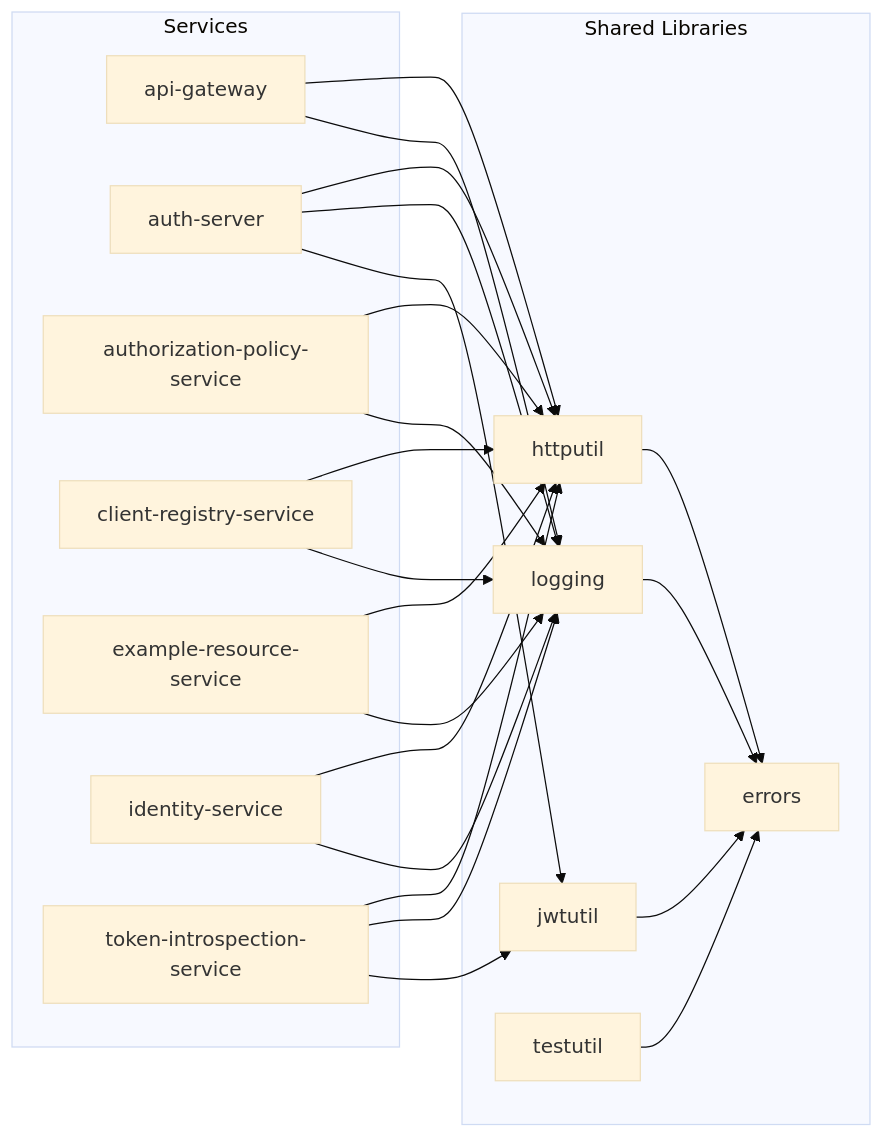
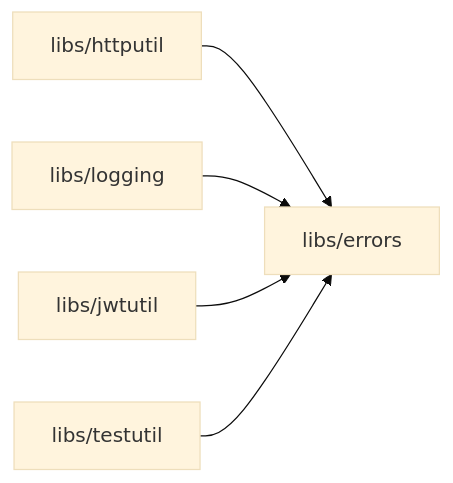
Before and after one commit to jedi-knights/identity-platform-go: the second of 2 diagrams in README.md, drawn with Mermaid (base theme). The commit also changed other lines of this file, not shown here.

Commit message:
docs(readme): replace dense dependency graph with lib diagram and table

````diff
--- a/README.md
+++ b/README.md
@@ -627,42 +631,7 @@
 ```mermaid
 graph LR
-    subgraph svc["Services"]
-        gateway["api-gateway"]
-        auth["auth-server"]
-        authz["authorization-policy-service"]
-        clients["client-registry-service"]
-        example["example-resource-service"]
-        identity["identity-service"]
-        introspect["token-introspection-service"]
-    end
-
-    subgraph lib["Shared Libraries"]
-        httputil["httputil"]
-        jwtutil["jwtutil"]
-        logging["logging"]
-        testutil["testutil"]
-        errors["errors"]
-    end
-
-    httputil --> errors
-    jwtutil --> errors
-    logging --> errors
-    testutil --> errors
-
-    gateway --> httputil
-    gateway --> logging
-    auth --> httputil
-    auth --> logging
-    auth --> jwtutil
-    authz --> httputil
-    authz --> logging
-    clients --> httputil
-    clients --> logging
-    example --> httputil
-    example --> logging
-    identity --> httputil
-    identity --> logging
-    introspect --> httputil
-    introspect --> logging
-    introspect --> jwtutil
+    httputil["libs/httputil"] --> errors["libs/errors"]
+    logging["libs/logging"]   --> errors
+    jwtutil["libs/jwtutil"]   --> errors
+    testutil["libs/testutil"] --> errors
 ```
````
